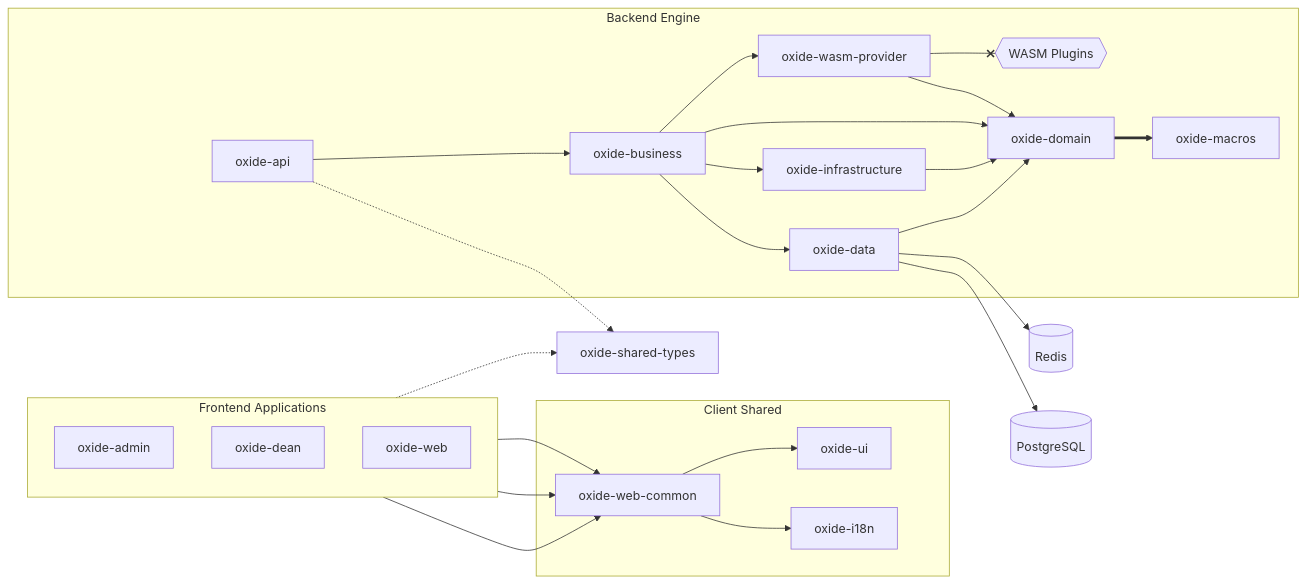
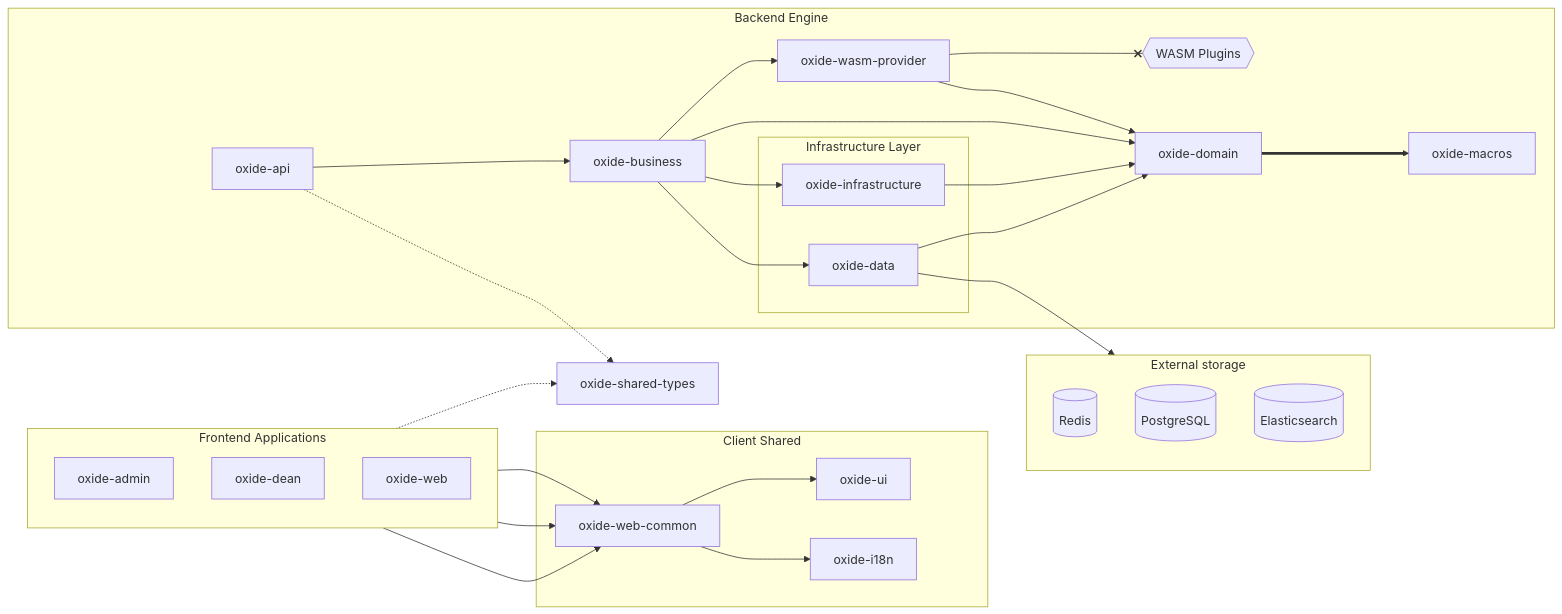
The first of 5 diagrams in README.md (Vancoola/oxide-lms), drawn with Mermaid before and after one commit.

Commit message:
README.md

````diff
--- a/README.md
+++ b/README.md
@@ -121,55 +121,64 @@
 ```mermaid
 graph LR
     subgraph Clients [Frontend Applications]
         direction TB
         admin[oxide-admin]
         dean[oxide-dean]
         web[oxide-web]
     end
 
     subgraph ClientShared [Client Shared]
         common[oxide-web-common]
         ui[oxide-ui]
         i18n[oxide-i18n]
     end
 
     admin --> common
     dean --> common
     web --> common
     
     common --> ui
     common --> i18n
 
     shared_types[oxide-shared-types]
     web -.-> shared_types
     api -.-> shared_types
 
+    subgraph External [External storage]
+        redis[(Redis)]
+        db[(PostgreSQL)]
+        ES[(Elasticsearch)]
+    end
+
     subgraph Server [Backend Engine]
         api[oxide-api]
+        subgraph IL [Infrastructure Layer]
+            inf[oxide-infrastructure]
+            data[oxide-data]
+        end
         biz[oxide-business]
-        inf[oxide-infrastructure]
-        data[oxide-data]
         wasm[oxide-wasm-provider]
         
         
         api --> biz
         biz --> inf
         biz --> data
         biz --> wasm
         wasm --x plugins{{WASM Plugins}}
 
         dom[oxide-domain]
         macros[oxide-macros]
         
         dom ==> macros
         
         data --> dom
         inf --> dom
         biz --> dom
         wasm --> dom
         
     end
     
-    data --> redis[(Redis)]
-    data --> db[(PostgreSQL)]
+    
+    
+    data --> External
 ```
````
